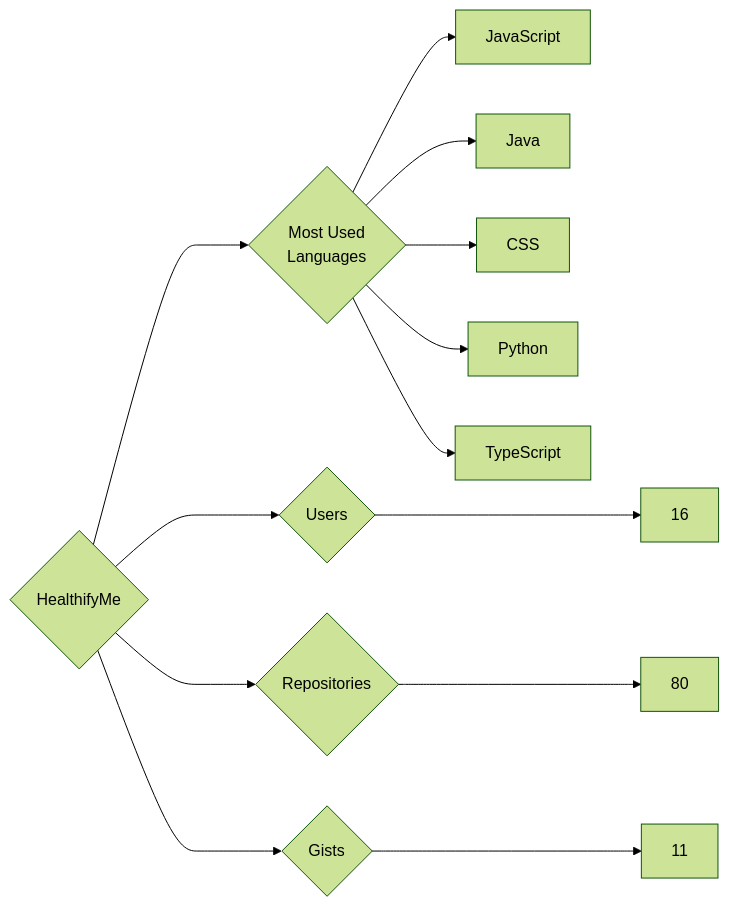
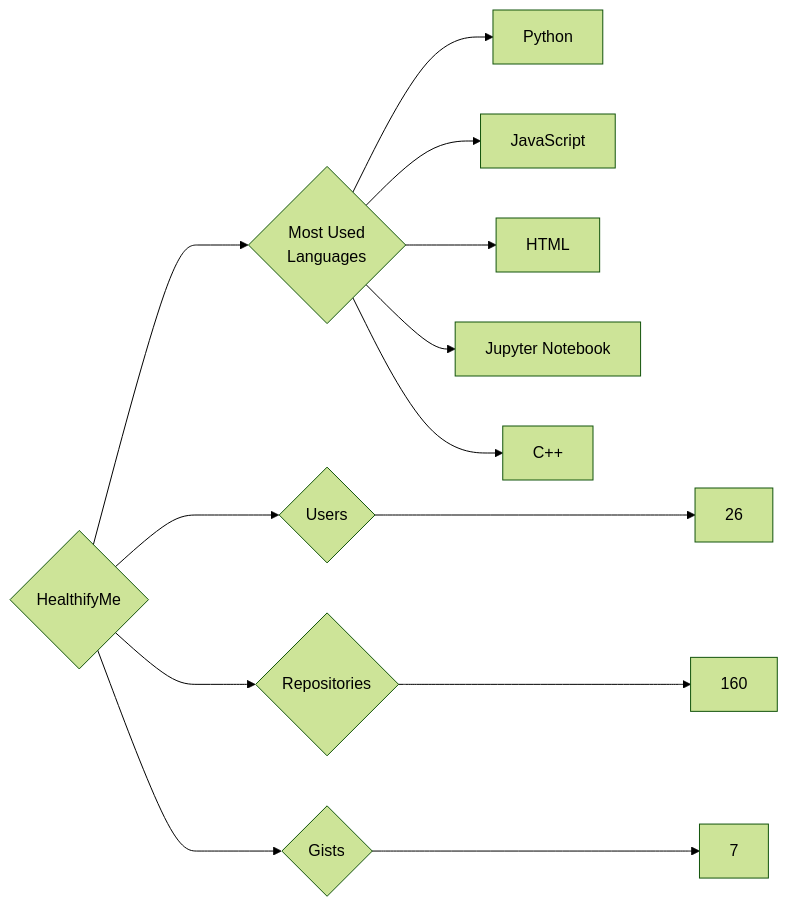
One commit to trickest/insiders changed the diagram in targets/HealthifyMe/README.md. Above: the diagram before and after it, drawn with Mermaid (forest theme). The commit also changed 823 other files, not shown here.

````diff
--- a/targets/HealthifyMe/README.md
+++ b/targets/HealthifyMe/README.md
@@ -3,13 +3,13 @@
 ```mermaid
 graph LR
 COMPANY_NAME{HealthifyMe}
-COMPANY_NAME ---> U{Users} ---> UN[16]
-COMPANY_NAME ---> R{Repositories} ---> RN[80]
-COMPANY_NAME ---> G{Gists} ---> GN[11]
+COMPANY_NAME ---> U{Users} ---> UN[26]
+COMPANY_NAME ---> R{Repositories} ---> RN[160]
+COMPANY_NAME ---> G{Gists} ---> GN[7]
 COMPANY_NAME ---> ML{Most Used<br>Languages}
+ML --> Python[Python]
 ML --> JavaScript[JavaScript]
-ML --> Java[Java]
-ML --> CSS[CSS]
-ML --> Python[Python]
-ML --> TypeScript[TypeScript]
+ML --> HTML[HTML]
+ML --> Jupyter_Notebook[Jupyter Notebook]
+ML --> C++[C++]
 ```
````
